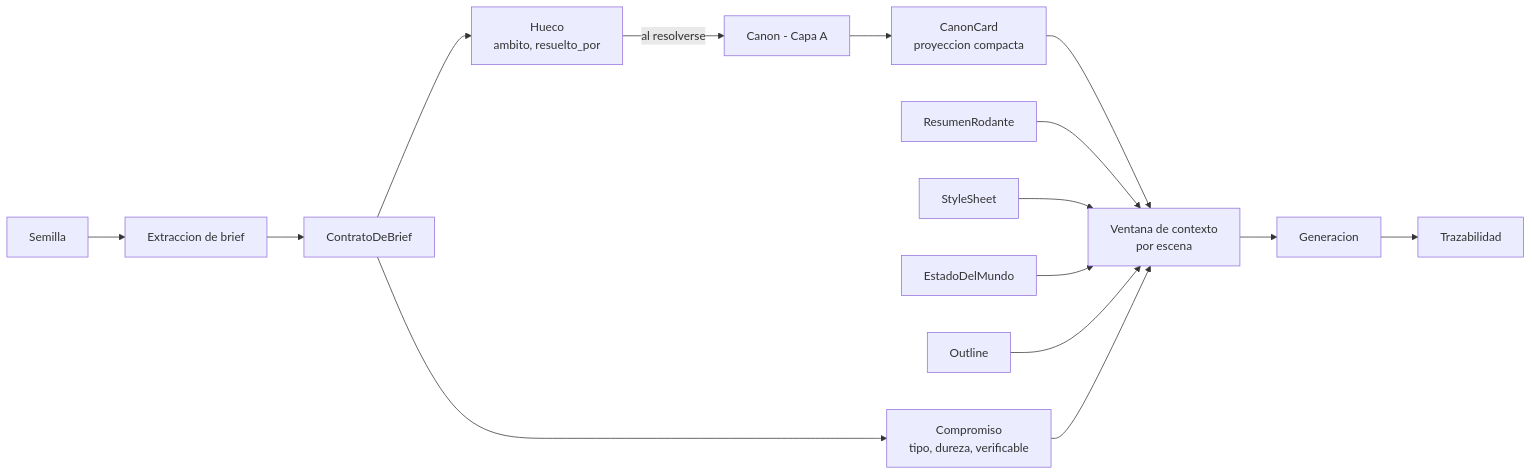
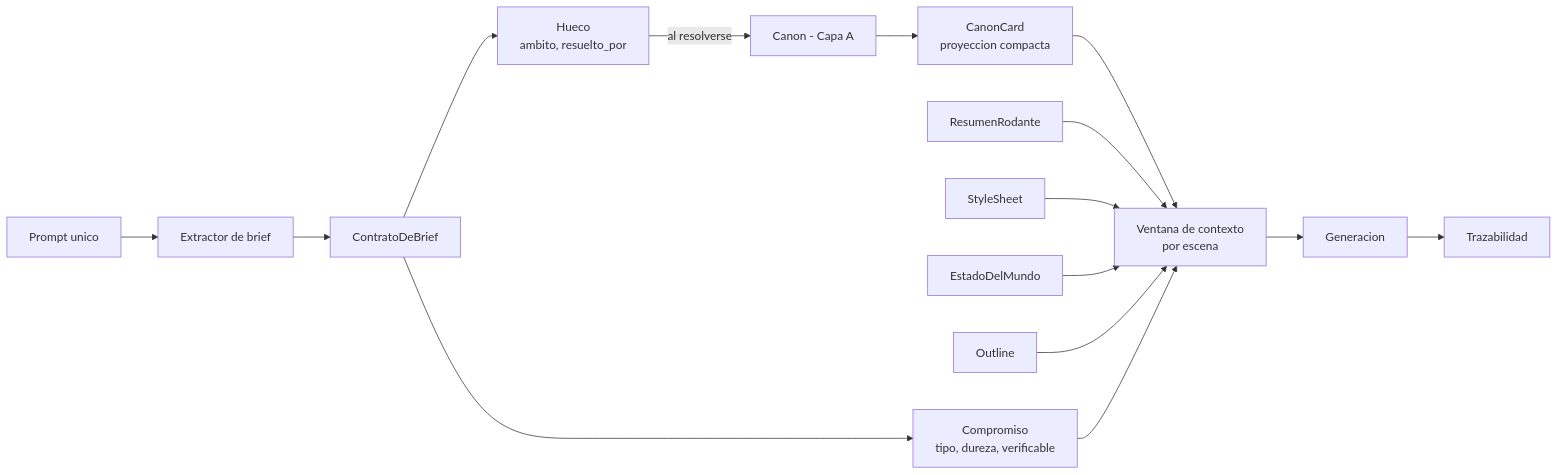
One commit to JNico-rb/story-maker changed the second of 9 diagrams in docs/architecture.md. Above: the diagram before and after it, drawn with Mermaid. The commit also changed other lines of this file and 7 other files, not shown here.

````diff
--- a/docs/architecture.md
+++ b/docs/architecture.md
@@ -81,20 +81,20 @@
 ```mermaid
 graph LR
-    SEM[Semilla] --> EXT[Extraccion de brief]
+    SEM[Prompt unico] --> EXT[Extractor de brief]
     EXT --> CB[ContratoDeBrief]
     CB --> COMP[Compromiso<br/>tipo, dureza, verificable]
     CB --> HUE[Hueco<br/>ambito, resuelto_por]
 
     HUE -->|al resolverse| CANON[Canon - Capa A]
 
     CANON --> CC[CanonCard<br/>proyeccion compacta]
     CC --> CTX
     RR[ResumenRodante] --> CTX
     SS[StyleSheet] --> CTX
     EDM[EstadoDelMundo] --> CTX
     OUT[Outline] --> CTX
     COMP --> CTX
 
     CTX[Ventana de contexto<br/>por escena] --> GEN[Generacion]
     GEN --> TRZ[Trazabilidad]
 ```
````
